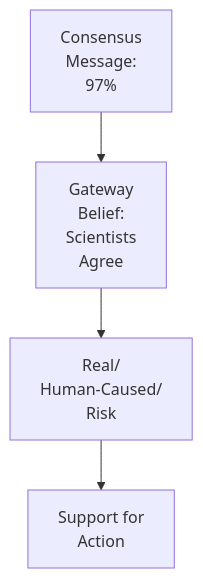
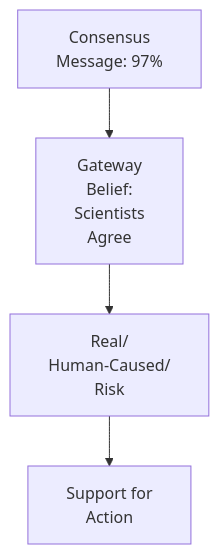
The sixth of 7 diagrams in Communication_Influence/Mastery_Guide_SOW_BS033.md (GM024/CourseSummaries), drawn with Mermaid before and after one commit. The commit also changed other lines of this file, not shown here.

Commit message:
Implement Forced Padding (&nbsp;) in all Mermaid diagrams to prevent overflow

````diff
--- a/Communication_Influence/Mastery_Guide_SOW_BS033.md
+++ b/Communication_Influence/Mastery_Guide_SOW_BS033.md
@@ -177,6 +177,6 @@
 ```mermaid
 graph TD
-    Consensus[Consensus<br/>Message:<br/>97%] --> Gateway[Gateway<br/>Belief:<br/>Scientists<br/>Agree]
-    Gateway --> KeyBeliefs[Real/<br/>Human-Caused/<br/>Risk]
-    KeyBeliefs --> PolicySupport[Support for<br/>Action]
+    Consensus["&nbsp; Consensus &nbsp;<br/>&nbsp; Message: 97% &nbsp;"] --> Gateway["&nbsp; Gateway &nbsp;<br/>&nbsp; Belief: &nbsp;<br/>&nbsp; Scientists &nbsp;<br/>&nbsp; Agree &nbsp;"]
+    Gateway --> KeyBeliefs["&nbsp; Real/ &nbsp;<br/>&nbsp; Human-Caused/ &nbsp;<br/>&nbsp; Risk &nbsp;"]
+    KeyBeliefs --> PolicySupport["&nbsp; Support for &nbsp;<br/>&nbsp; Action &nbsp;"]
 ```
````
